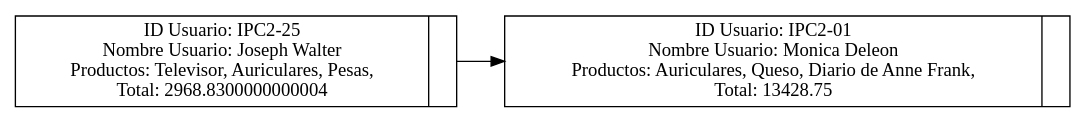
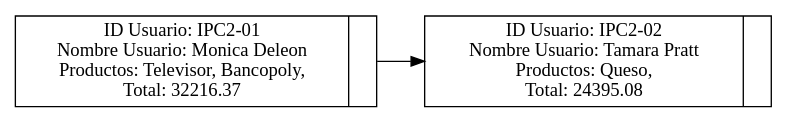
The diagram in Proyecto1/src/Reportes/ListaCompras.dot (202300512DanielH/IPC2_ProyectoVJ2024_21), drawn with Graphviz before and after one commit. The commit also changed 166 other files, not shown here.

```diff
--- a/Proyecto1/src/Reportes/ListaCompras.dot
+++ b/Proyecto1/src/Reportes/ListaCompras.dot
@@ -1,6 +1,6 @@
 digraph G {
         rankdir=LR;
-        node [shape = record, height = .1]node0 [label="{ID Usuario: IPC2-25\nNombre Usuario: Joseph Walter\nProductos:  Televisor, Auriculares, Pesas, \nTotal: 2968.8300000000004|<f1>}"];
-node1 [label="{ID Usuario: IPC2-01\nNombre Usuario: Monica Deleon\nProductos:  Auriculares, Queso, Diario de Anne Frank, \nTotal: 13428.75|<f1>}"];
+        node [shape = record, height = .1]node0 [label="{ID Usuario: IPC2-01\nNombre Usuario: Monica Deleon\nProductos:  Televisor, Bancopoly, \nTotal: 32216.37|<f1>}"];
+node1 [label="{ID Usuario: IPC2-02\nNombre Usuario: Tamara Pratt\nProductos:  Queso, \nTotal: 24395.08|<f1>}"];
 node0-> node1;
 }
```
